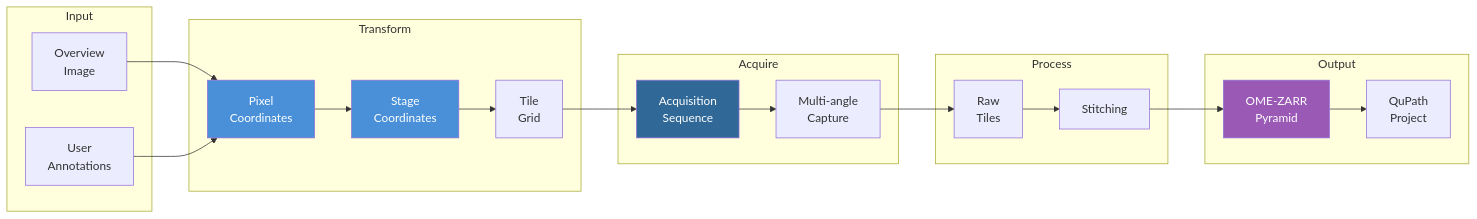
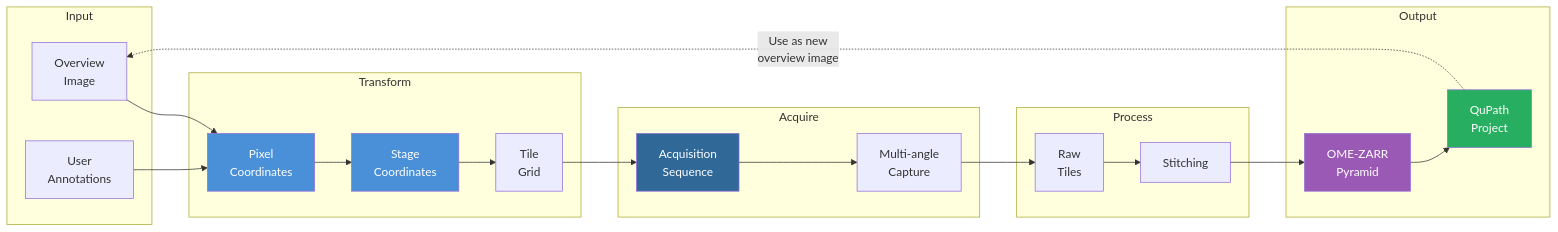
Before and after one commit to uw-loci/QPSC: the second of 3 diagrams in README.md, drawn with Mermaid. The commit also changed other lines of this file, not shown here.

Commit message:
Fix Data Flow diagram rendering and add iterative workflow loop
- Replace \n with <br> for proper line breaks in Mermaid node labels
- Add dashed feedback loop from Output back to Input showing iterative workflow capability
- Highlight QuPath Project node in green as the feedback point
- Add explanatory caption describing multi-scale imaging workflow

````diff
--- a/README.md
+++ b/README.md
@@ -791,44 +791,48 @@
 ```mermaid
 flowchart LR
     subgraph Input
-        Slide["Overview\nImage"]
-        ROI["User\nAnnotations"]
+        Slide["Overview<br>Image"]
+        ROI["User<br>Annotations"]
     end
 
     subgraph Transform
-        Pixel["Pixel\nCoordinates"]
-        Stage["Stage\nCoordinates"]
-        Grid["Tile\nGrid"]
+        Pixel["Pixel<br>Coordinates"]
+        Stage["Stage<br>Coordinates"]
+        Grid["Tile<br>Grid"]
     end
 
     subgraph Acquire
-        Seq["Acquisition\nSequence"]
-        Cap["Multi-angle\nCapture"]
+        Seq["Acquisition<br>Sequence"]
+        Cap["Multi-angle<br>Capture"]
     end
 
     subgraph Process
-        Raw["Raw\nTiles"]
+        Raw["Raw<br>Tiles"]
         Stitch["Stitching"]
     end
 
     subgraph Output
-        ZARR["OME-ZARR\nPyramid"]
-        Project["QuPath\nProject"]
+        ZARR["OME-ZARR<br>Pyramid"]
+        Project["QuPath<br>Project"]
     end
 
     Slide --> Pixel
     ROI --> Pixel
     Pixel --> Stage
     Stage --> Grid
     Grid --> Seq
     Seq --> Cap
     Cap --> Raw
     Raw --> Stitch
     Stitch --> ZARR
     ZARR --> Project
 
+    %% Iterative workflow - acquired images become new input
+    Project -.->|"Use as new<br>overview image"| Slide
+
     style Pixel fill:#4A90D9,color:#fff
     style Stage fill:#4A90D9,color:#fff
     style Seq fill:#306998,color:#fff
     style ZARR fill:#9B59B6,color:#fff
+    style Project fill:#27AE60,color:#fff
 ```
````
